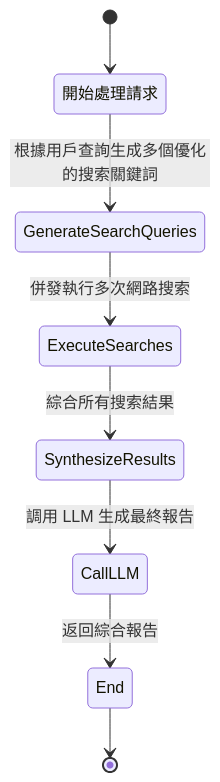
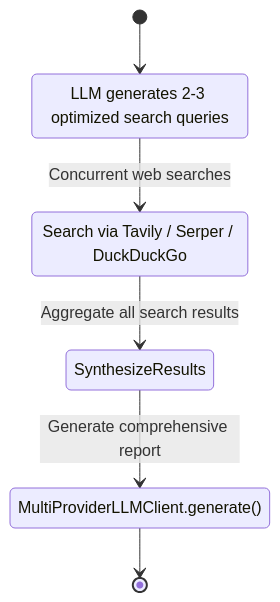
Before and after one commit to Zenobia000/openagent_backend: the fourth of 7 diagrams in Architecture_Refactoring_Toolkit/project_docs/11_processing_mode_state_machines.md, drawn with Mermaid. The commit also changed other lines of this file and 108 other files, not shown here.

````diff
--- a/Architecture_Refactoring_Toolkit/project_docs/11_processing_mode_state_machines.md
+++ b/Architecture_Refactoring_Toolkit/project_docs/11_processing_mode_state_machines.md
@@ -80,11 +150,11 @@
 ```mermaid
 stateDiagram-v2
-    [*] --> Start
-    Start: 開始處理請求
-    Start --> GenerateSearchQueries: 根據用戶查詢生成多個優化的搜索關鍵詞
-    GenerateSearchQueries --> ExecuteSearches: 併發執行多次網路搜索
-    ExecuteSearches --> SynthesizeResults: 綜合所有搜索結果
-    SynthesizeResults --> CallLLM: 調用 LLM 生成最終報告
-    CallLLM --> End: 返回綜合報告
-    End --> [*]
+    [*] --> GenerateSearchQueries
+    GenerateSearchQueries: LLM generates 2-3 optimized search queries
+    GenerateSearchQueries --> ExecuteSearches: Concurrent web searches
+    ExecuteSearches: Search via Tavily / Serper / DuckDuckGo
+    ExecuteSearches --> SynthesizeResults: Aggregate all search results
+    SynthesizeResults --> CallLLM: Generate comprehensive report
+    CallLLM: MultiProviderLLMClient.generate()
+    CallLLM --> [*]
 ```
````
